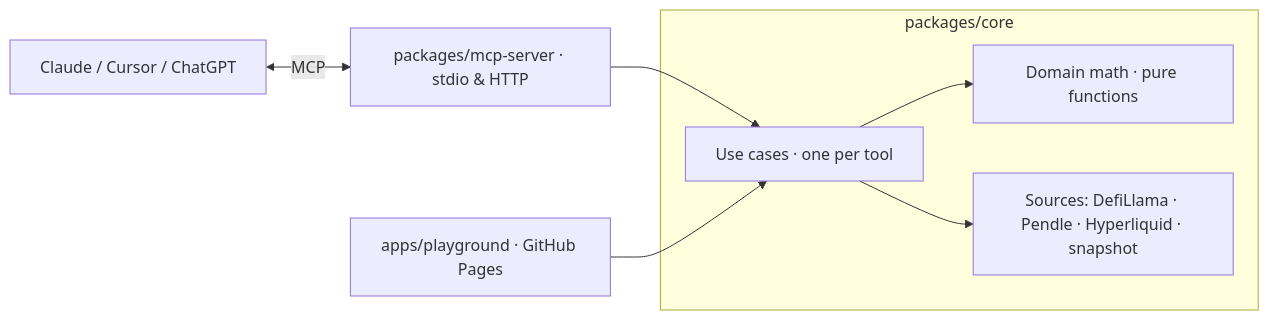
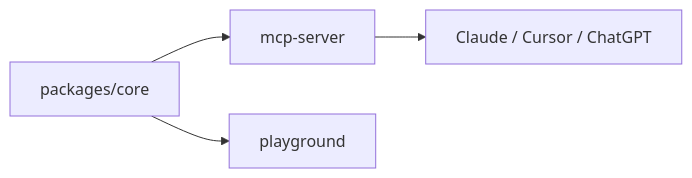
One commit to osobennyj/warehouse-of-sites changed the diagram in projects/things-i-built/content/projects/defi-strategist-mcp.md. Above: the diagram before and after it, drawn with Mermaid. The commit also changed other lines of this file and 8 other files, not shown here.

````diff
--- a/projects/things-i-built/content/projects/defi-strategist-mcp.md
+++ b/projects/things-i-built/content/projects/defi-strategist-mcp.md
@@ -42,13 +44,6 @@
 ```mermaid
 flowchart LR
-  subgraph core [packages/core]
-    D[Domain math · pure functions]
-    A[Use cases · one per tool]
-    S[Sources: DefiLlama · Pendle · Hyperliquid · snapshot]
-  end
-  A --> D
-  A --> S
-  M[packages/mcp-server · stdio & HTTP] --> A
-  P[apps/playground · GitHub Pages] --> A
-  C[Claude / Cursor / ChatGPT] <-->|MCP| M
+  C[packages/core] --> M[mcp-server]
+  C --> P[playground]
+  M --> A[Claude / Cursor / ChatGPT]
 ```
````
